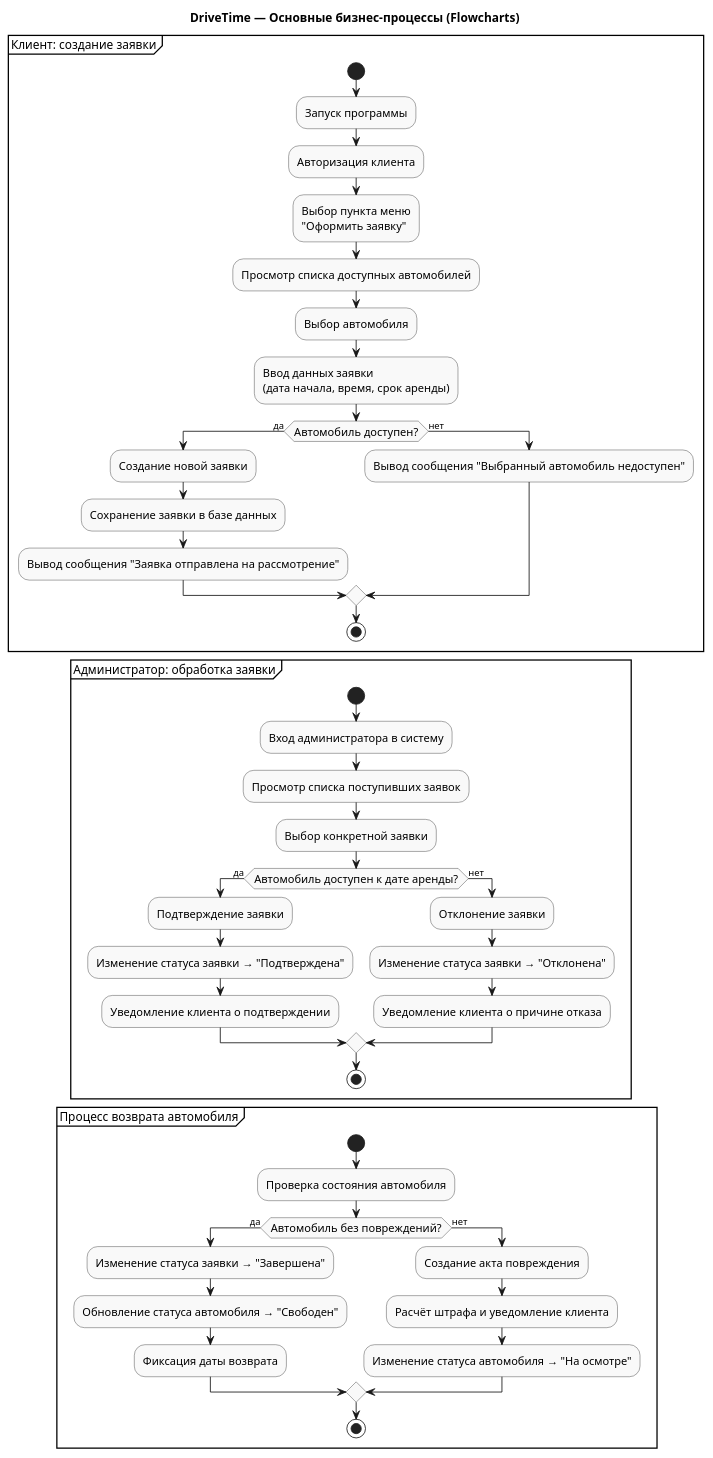
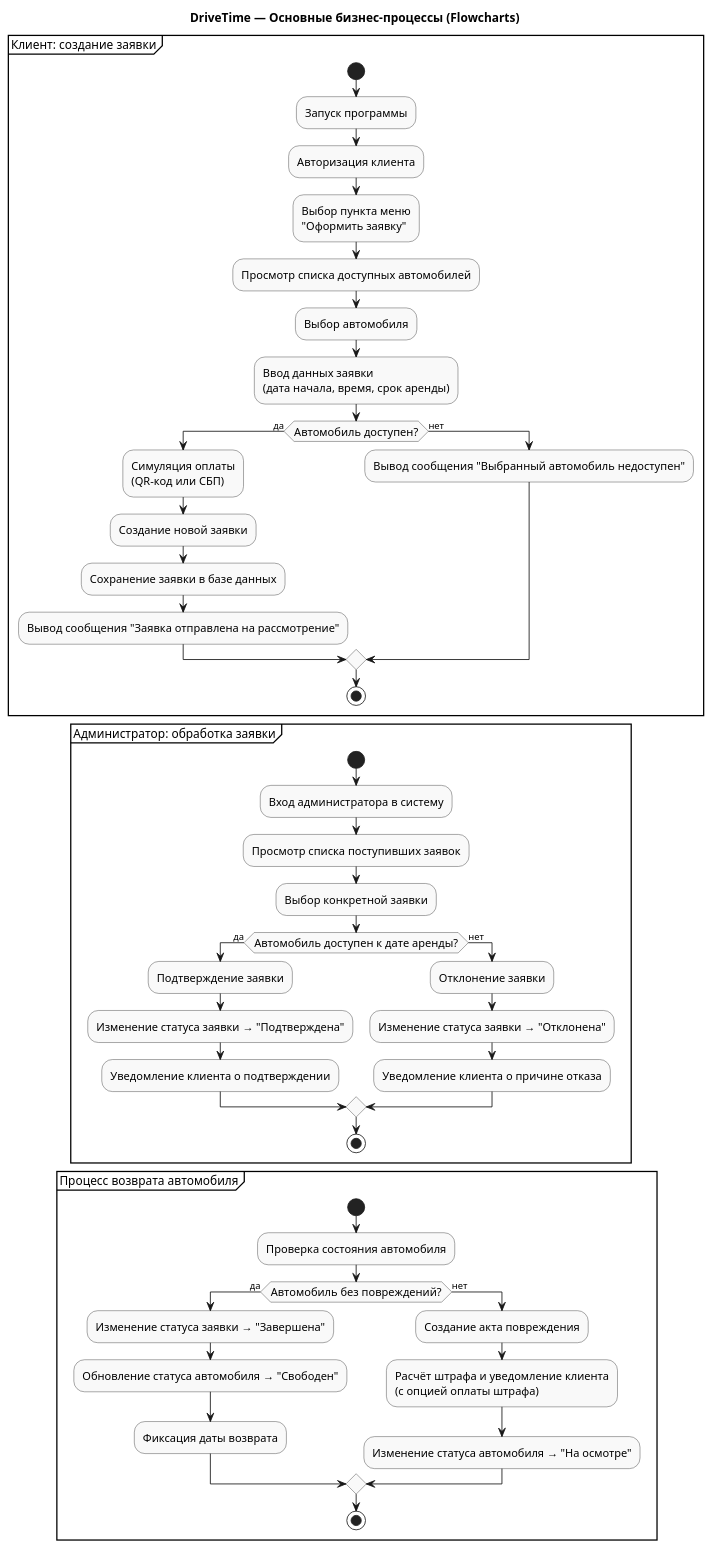
One commit to gitanowe/DriveTime changed the diagram in docs/diagrams/flowchart.puml. Above: the diagram before and after it, drawn with PlantUML. The commit also changed 8 other files, not shown here.

```diff
--- a/docs/diagrams/flowchart.puml
+++ b/docs/diagrams/flowchart.puml
@@ -1,68 +1,69 @@
 @startuml
 title DriveTime — Основные бизнес-процессы (Flowcharts)
 skinparam backgroundColor #ffffff
 skinparam activity {
   BackgroundColor #f9f9f9
   BorderColor #333
   FontSize 13
 }
 skinparam shadowing false
 
 partition "Клиент: создание заявки" {
   start
   :Запуск программы;
   :Авторизация клиента;
   :Выбор пункта меню\n"Оформить заявку";
   :Просмотр списка доступных автомобилей;
 
   :Выбор автомобиля;
   :Ввод данных заявки\n(дата начала, время, срок аренды);
 
   if (Автомобиль доступен?) then (да)
+    :Симуляция оплаты\n(QR-код или СБП);
     :Создание новой заявки;
     :Сохранение заявки в базе данных;
     :Вывод сообщения "Заявка отправлена на рассмотрение";
   else (нет)
     :Вывод сообщения "Выбранный автомобиль недоступен";
   endif
 
   stop
 }
 
 partition "Администратор: обработка заявки" {
   start
   :Вход администратора в систему;
   :Просмотр списка поступивших заявок;
   :Выбор конкретной заявки;
 
   if (Автомобиль доступен к дате аренды?) then (да)
     :Подтверждение заявки;
     :Изменение статуса заявки → "Подтверждена";
     :Уведомление клиента о подтверждении;
   else (нет)
     :Отклонение заявки;
     :Изменение статуса заявки → "Отклонена";
     :Уведомление клиента о причине отказа;
   endif
 
   stop
 }
 
 partition "Процесс возврата автомобиля" {
   start
   :Проверка состояния автомобиля;
 
   if (Автомобиль без повреждений?) then (да)
     :Изменение статуса заявки → "Завершена";
     :Обновление статуса автомобиля → "Свободен";
     :Фиксация даты возврата;
   else (нет)
     :Создание акта повреждения;
-    :Расчёт штрафа и уведомление клиента;
+    :Расчёт штрафа и уведомление клиента\n(с опцией оплаты штрафа);
     :Изменение статуса автомобиля → "На осмотре";
   endif
 
   stop
 }
 
 @enduml
```
